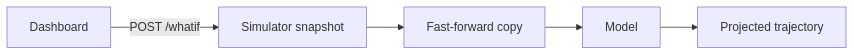
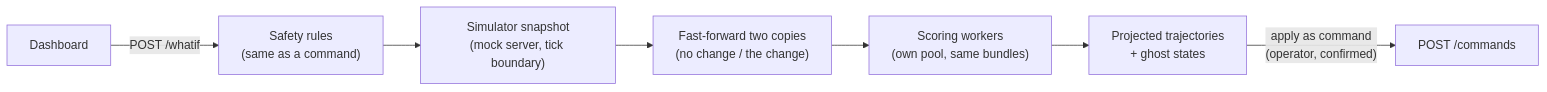
Before and after one commit to k-vruttika/3d-digital-twin-fault-detection: the fifth of 5 diagrams in docs/architecture.md, drawn with Mermaid. The commit also changed other lines of this file and 44 other files, not shown here.

Commit message:
Phase 11 part C, group 2: what-if projections (mock fork, POST /whatif, scoring pool, What-if panel) (ADR 0031)

````diff
--- a/docs/architecture.md
+++ b/docs/architecture.md
@@ -134,4 +134,6 @@
 ```mermaid
 flowchart LR
-    D["Dashboard"] -->|POST /whatif| SN["Simulator snapshot"] --> FF["Fast-forward copy"] --> MDL["Model"] --> T["Projected trajectory"]
+    D["Dashboard"] -->|POST /whatif| SR["Safety rules<br/>(same as a command)"] --> SN["Simulator snapshot<br/>(mock server, tick boundary)"]
+    SN --> FF["Fast-forward two copies<br/>(no change / the change)"] --> MDL["Scoring workers<br/>(own pool, same bundles)"] --> T["Projected trajectories<br/>+ ghost states"]
+    T -->|"apply as command<br/>(operator, confirmed)"| CMD["POST /commands"]
 ```
````
